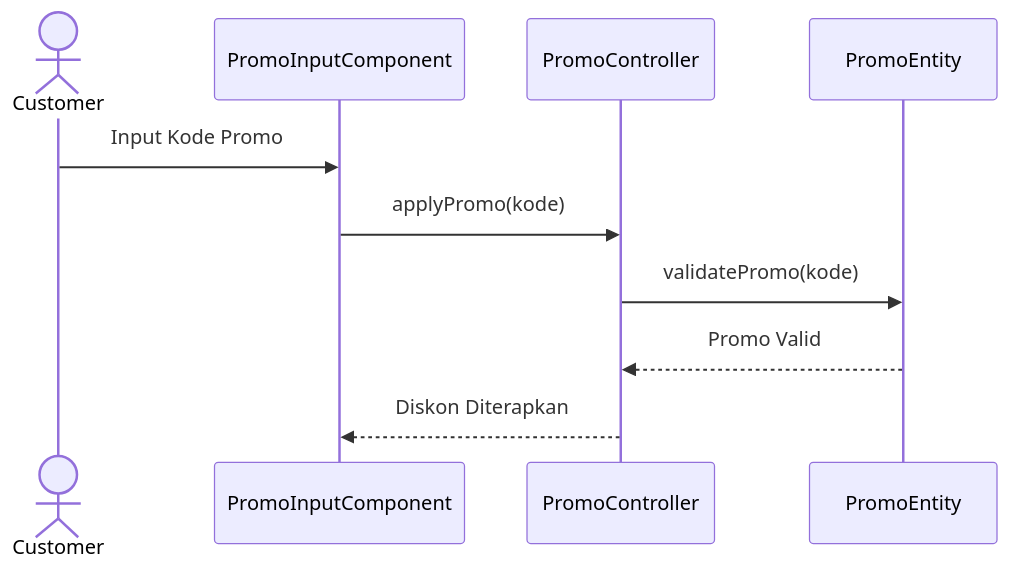
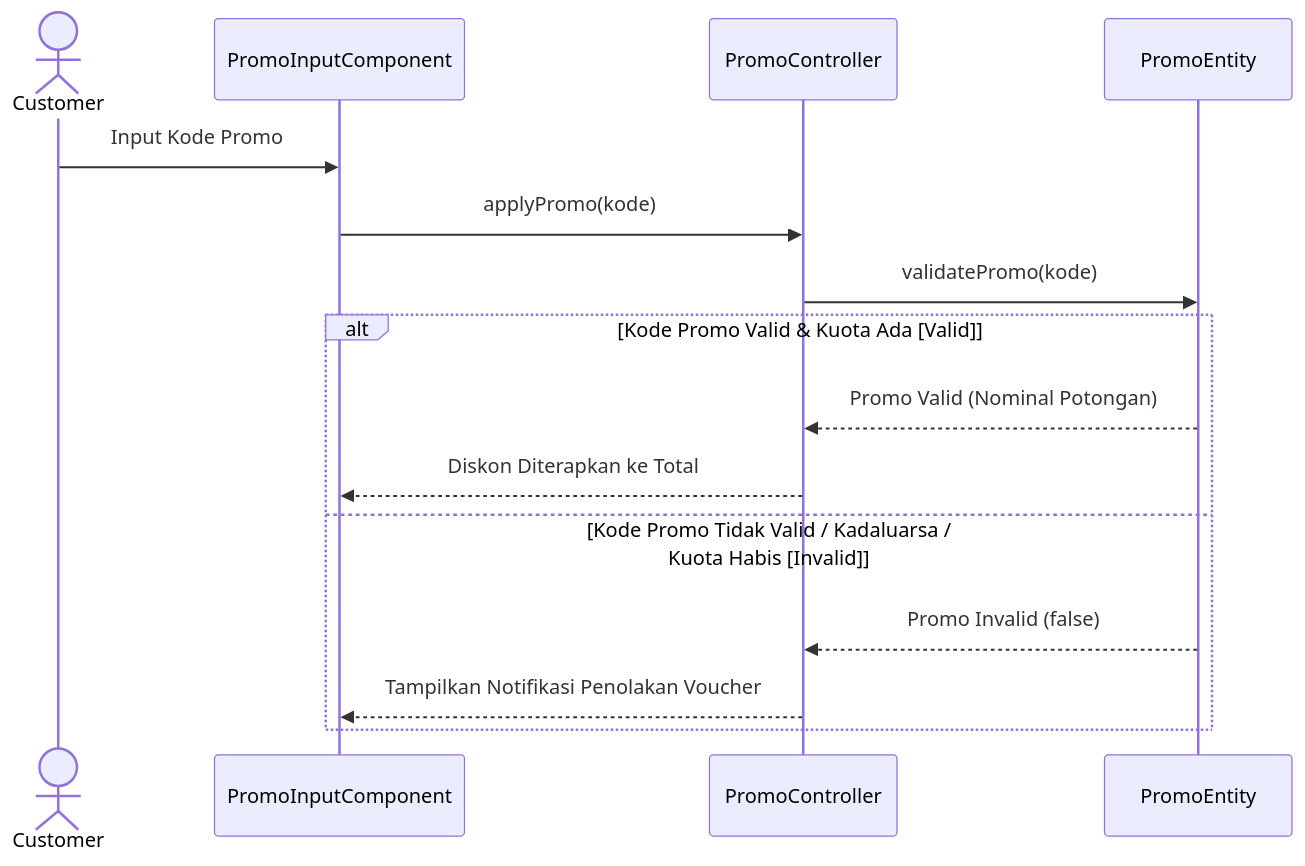
Diagram 23 of 27 in docs/Tugas 1 - DPPL SISTEM PEMESANAN TIKET.md (impal-kelompok-4/pos-tiket-standup), drawn with Mermaid before and after one commit. The commit also changed other lines of this file and 28 other files, not shown here.

````diff
--- a/docs/Tugas 1 - DPPL SISTEM PEMESANAN TIKET.md
+++ b/docs/Tugas 1 - DPPL SISTEM PEMESANAN TIKET.md
@@ -913,12 +946,17 @@
 ```mermaid
 sequenceDiagram
     actor Customer
     participant PromoInputComponent
     participant PromoController
     participant PromoEntity
     Customer->>PromoInputComponent: Input Kode Promo
     PromoInputComponent->>PromoController: applyPromo(kode)
     PromoController->>PromoEntity: validatePromo(kode)
-    PromoEntity-->>PromoController: Promo Valid
-    PromoController-->>PromoInputComponent: Diskon Diterapkan
+    alt Kode Promo Valid & Kuota Ada [Valid]
+        PromoEntity-->>PromoController: Promo Valid (Nominal Potongan)
+        PromoController-->>PromoInputComponent: Diskon Diterapkan ke Total
+    else Kode Promo Tidak Valid / Kadaluarsa / Kuota Habis [Invalid]
+        PromoEntity-->>PromoController: Promo Invalid (false)
+        PromoController-->>PromoInputComponent: Tampilkan Notifikasi Penolakan Voucher
+    end
 ```
````
